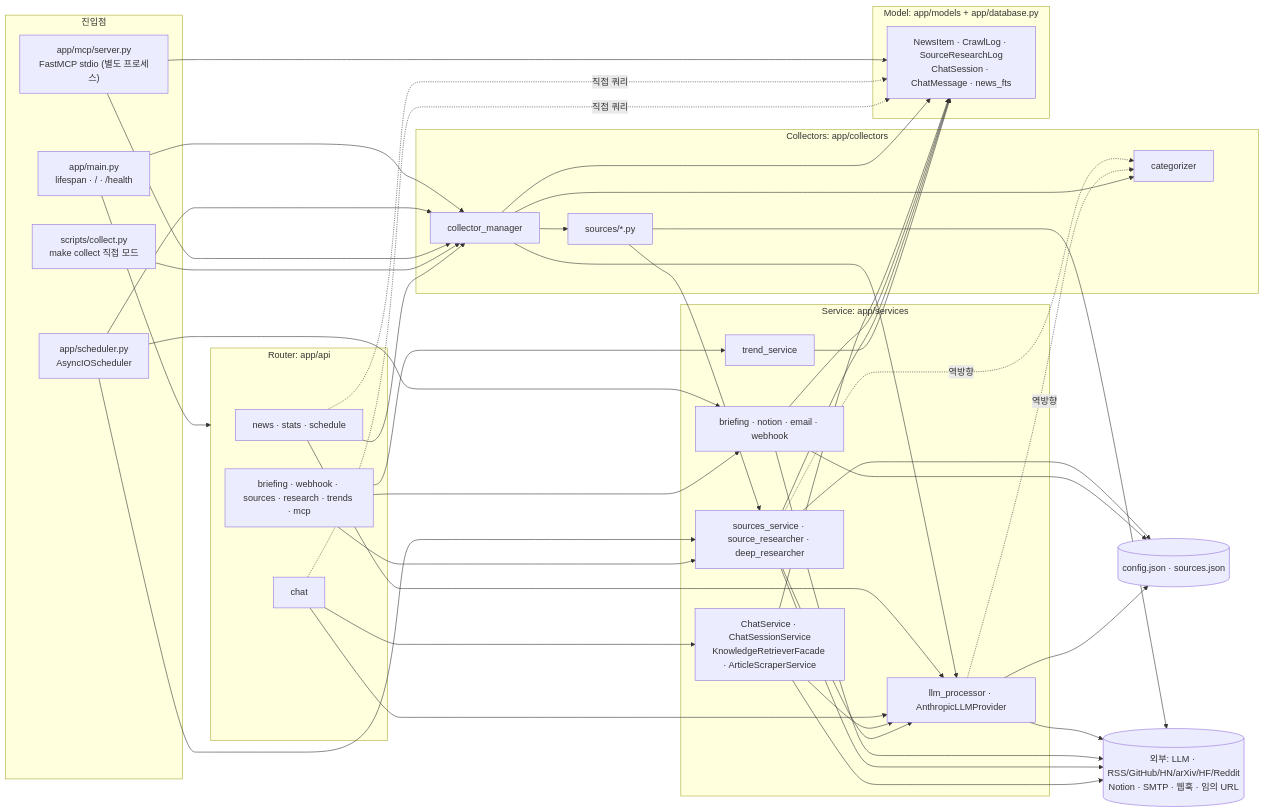
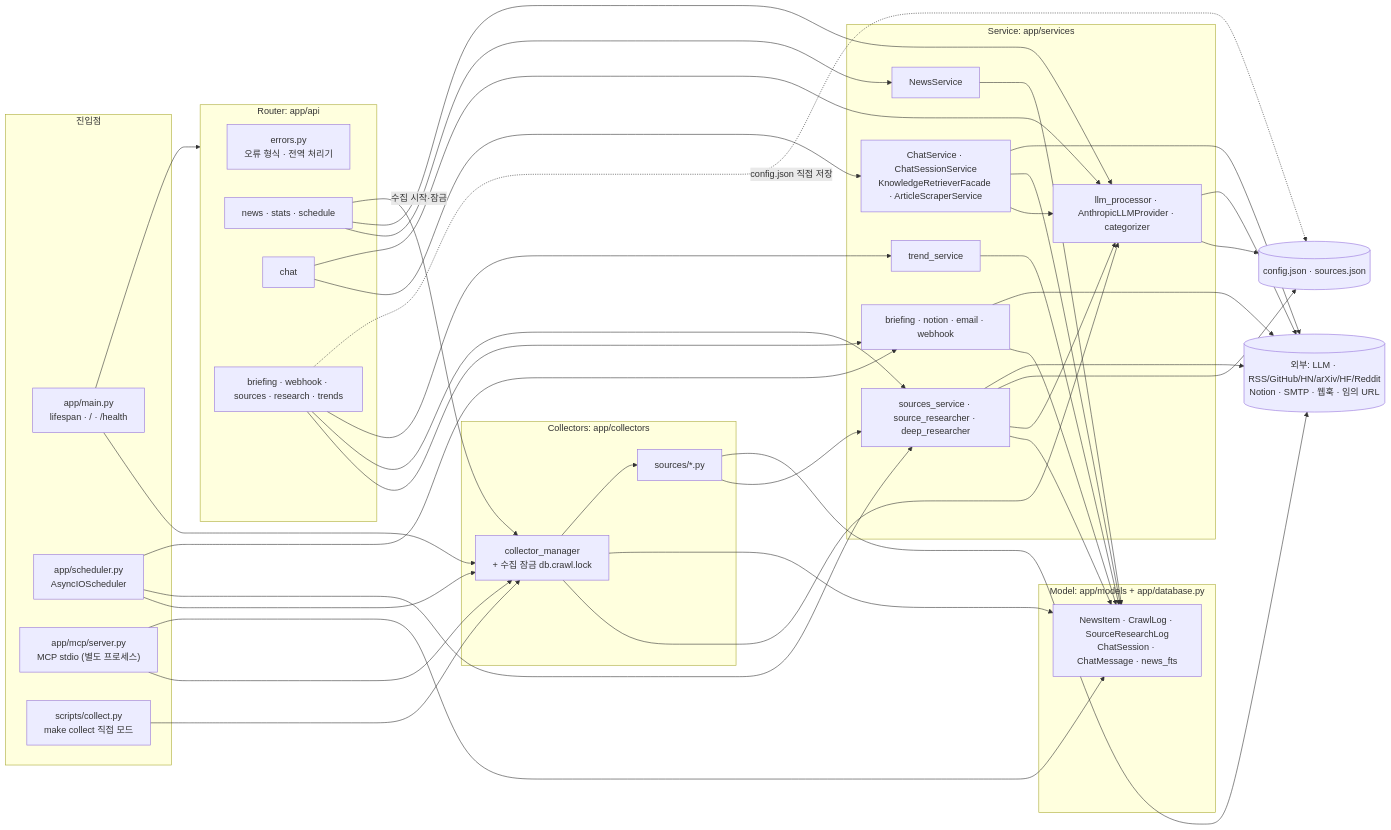
Before and after one commit to ozplayground/agent-lens: the first of 3 diagrams in docs/system-designer/01_SYSTEM_DESIGN.md, drawn with Mermaid. The commit also changed other lines of this file and 216 other files, not shown here.

````diff
--- a/docs/system-designer/01_SYSTEM_DESIGN.md
+++ b/docs/system-designer/01_SYSTEM_DESIGN.md
@@ -49,70 +52,68 @@
 ```mermaid
 flowchart LR
     subgraph Entry["진입점"]
         MAIN["app/main.py<br/>lifespan · / · /health"]
         SCHED["app/scheduler.py<br/>AsyncIOScheduler"]
-        MCP["app/mcp/server.py<br/>FastMCP stdio (별도 프로세스)"]
+        MCP["app/mcp/server.py<br/>MCP stdio (별도 프로세스)"]
         SCRIPT["scripts/collect.py<br/>make collect 직접 모드"]
     end
     subgraph Router["Router: app/api"]
+        R_ERR["errors.py<br/>오류 형식 · 전역 처리기"]
         R_NEWS["news · stats · schedule"]
         R_CHAT["chat"]
-        R_OTHER["briefing · webhook · sources · research · trends · mcp"]
+        R_OTHER["briefing · webhook · sources · research · trends"]
     end
     subgraph Service["Service: app/services"]
+        S_NEWS["NewsService"]
         S_CHAT["ChatService · ChatSessionService<br/>KnowledgeRetrieverFacade · ArticleScraperService"]
-        S_LLM["llm_processor · AnthropicLLMProvider"]
+        S_LLM["llm_processor · AnthropicLLMProvider · categorizer"]
         S_BRF["briefing · notion · email · webhook"]
         S_SRC["sources_service · source_researcher · deep_researcher"]
         S_TR["trend_service"]
     end
     subgraph Coll["Collectors: app/collectors"]
-        C_MGR["collector_manager"]
-        C_CAT["categorizer"]
+        C_MGR["collector_manager<br/>+ 수집 잠금 db.crawl.lock"]
         C_SRC["sources/*.py"]
     end
     subgraph Model["Model: app/models + app/database.py"]
         M["NewsItem · CrawlLog · SourceResearchLog<br/>ChatSession · ChatMessage · news_fts"]
     end
     FILES[("config.json · sources.json")]
     EXT[("외부: LLM · RSS/GitHub/HN/arXiv/HF/Reddit<br/>Notion · SMTP · 웹훅 · 임의 URL")]
 
     MAIN --> Router
     MAIN --> C_MGR
     SCHED --> C_MGR
     SCHED --> S_SRC
     SCHED --> S_BRF
     MCP --> C_MGR
     MCP --> M
     SCRIPT --> C_MGR
+    R_NEWS --> S_NEWS
     R_NEWS --> S_LLM
-    R_NEWS -.->|직접 쿼리| M
-    R_NEWS --> C_MGR
+    R_NEWS -->|수집 시작·잠금| C_MGR
     R_CHAT --> S_CHAT
     R_CHAT --> S_LLM
-    R_CHAT -.->|직접 쿼리| M
     R_OTHER --> S_BRF
     R_OTHER --> S_SRC
     R_OTHER --> S_TR
+    R_OTHER -.->|config.json 직접 저장| FILES
+    S_NEWS --> M
     S_CHAT --> S_LLM
     S_CHAT --> M
     S_BRF --> M
     S_SRC --> M
     S_SRC --> S_LLM
-    S_SRC -.->|역방향| C_CAT
-    S_LLM -.->|역방향| C_CAT
     S_TR --> M
     C_MGR --> S_LLM
-    C_MGR --> C_CAT
+    C_MGR --> M
     C_MGR --> C_SRC
-    C_MGR --> M
     C_SRC --> S_SRC
     S_SRC --> FILES
-    S_BRF --> FILES
     S_LLM --> FILES
     S_LLM --> EXT
     S_BRF --> EXT
     S_SRC --> EXT
     S_CHAT --> EXT
     C_SRC --> EXT
 ```
````
